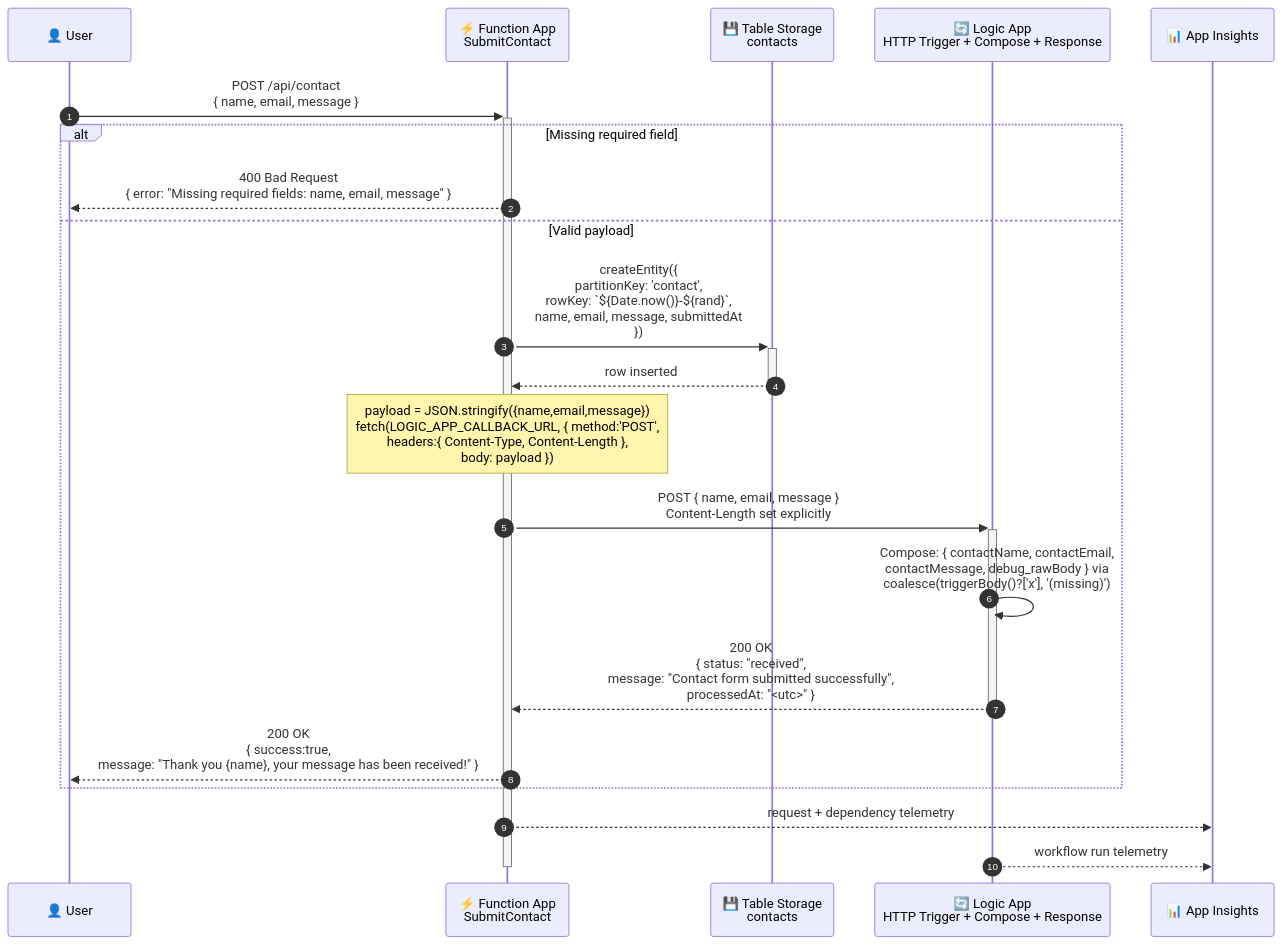
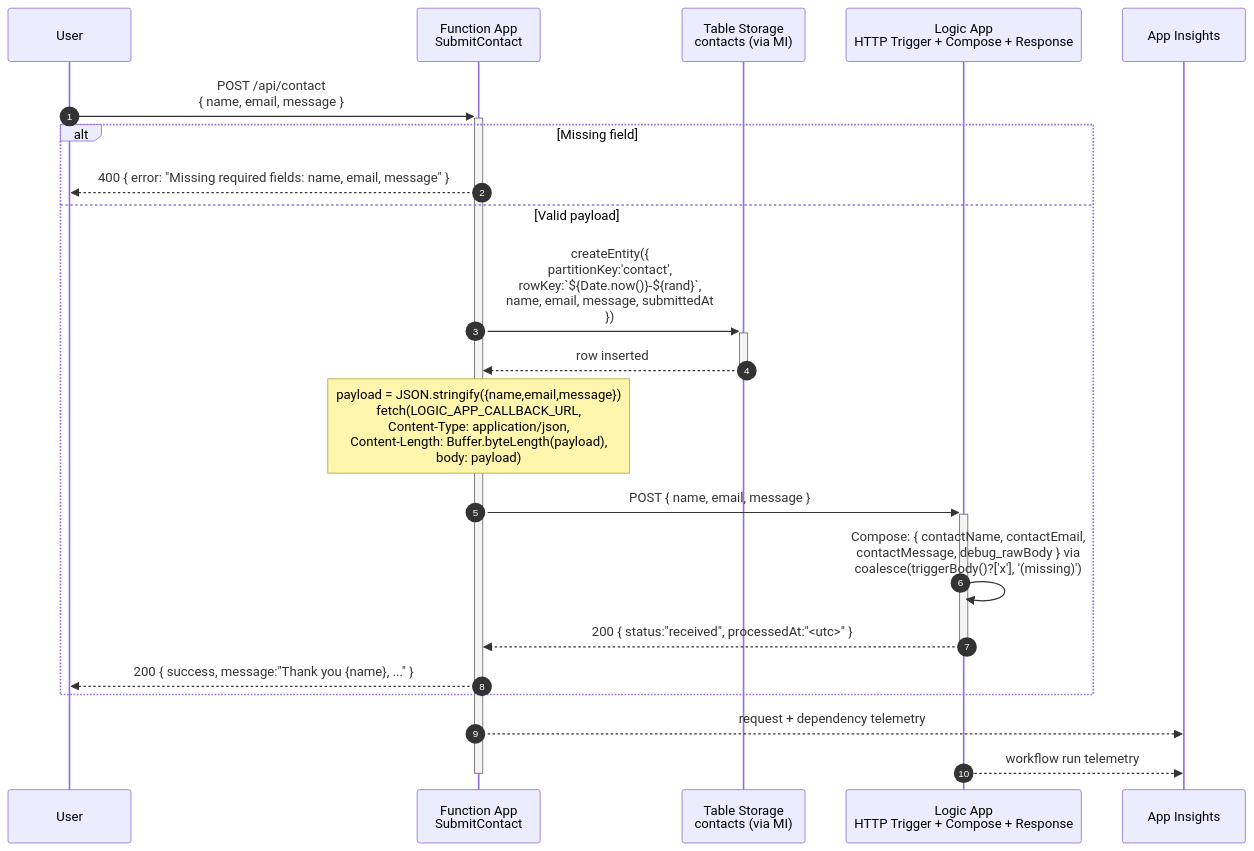
The fourth of 8 diagrams in README.md (ganguly298/Portfolio-project), drawn with Mermaid before and after one commit. The commit also changed other lines of this file and 13 other files, not shown here.

First line of the commit message:
added flex consumption function app + MI  (#1)

````diff
--- a/README.md
+++ b/README.md
@@ -361,27 +374,27 @@
 ```mermaid
 sequenceDiagram
     autonumber
-    participant U as 👤 User
-    participant F as ⚡ Function App<br/>SubmitContact
-    participant T as 💾 Table Storage<br/>contacts
-    participant L as 🔄 Logic App<br/>HTTP Trigger + Compose + Response
-    participant AI as 📊 App Insights
+    participant U as User
+    participant F as Function App<br/>SubmitContact
+    participant T as Table Storage<br/>contacts (via MI)
+    participant L as Logic App<br/>HTTP Trigger + Compose + Response
+    participant AI as App Insights
 
     U->>+F: POST /api/contact<br/>{ name, email, message }
 
-    alt Missing required field
-        F-->>U: 400 Bad Request<br/>{ error: "Missing required fields: name, email, message" }
+    alt Missing field
+        F-->>U: 400 { error: "Missing required fields: name, email, message" }
     else Valid payload
-        F->>+T: createEntity({<br/>  partitionKey: 'contact',<br/>  rowKey: `${Date.now()}-${rand}`,<br/>  name, email, message, submittedAt<br/>})
+        F->>+T: createEntity({<br/>  partitionKey:'contact',<br/>  rowKey:`${Date.now()}-${rand}`,<br/>  name, email, message, submittedAt<br/>})
         T-->>-F: row inserted
-        Note over F: payload = JSON.stringify({name,email,message})<br/>fetch(LOGIC_APP_CALLBACK_URL, { method:'POST',<br/>headers:{ Content-Type, Content-Length },<br/>body: payload })
-        F->>+L: POST { name, email, message }<br/>Content-Length set explicitly
+        Note over F: payload = JSON.stringify({name,email,message})<br/>fetch(LOGIC_APP_CALLBACK_URL,<br/>  Content-Type: application/json,<br/>  Content-Length: Buffer.byteLength(payload),<br/>  body: payload)
+        F->>+L: POST { name, email, message }
         L->>L: Compose: { contactName, contactEmail,<br/>contactMessage, debug_rawBody } via<br/>coalesce(triggerBody()?['x'], '(missing)')
-        L-->>-F: 200 OK<br/>{ status: "received",<br/>  message: "Contact form submitted successfully",<br/>  processedAt: "<utc>" }
-        F-->>U: 200 OK<br/>{ success:true,<br/>  message: "Thank you {name}, your message has been received!" }
+        L-->>-F: 200 { status:"received", processedAt:"<utc>" }
+        F-->>U: 200 { success, message:"Thank you {name}, ..." }
     end
 
     F-->>AI: request + dependency telemetry
     L-->>AI: workflow run telemetry
     deactivate F
 ```
````
